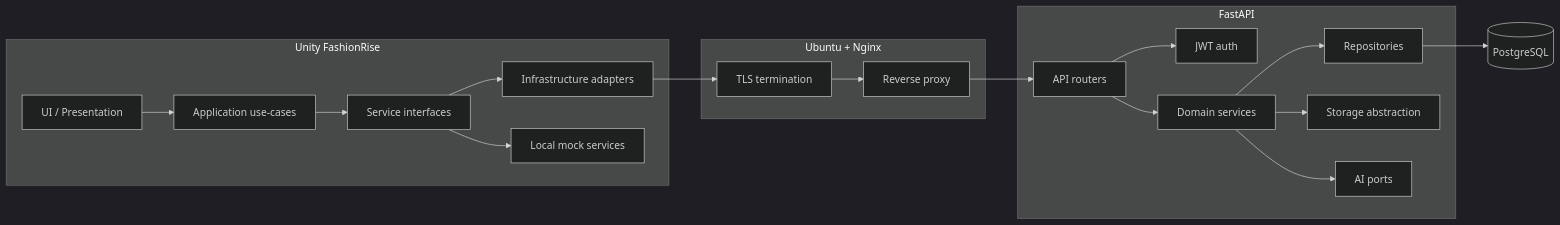
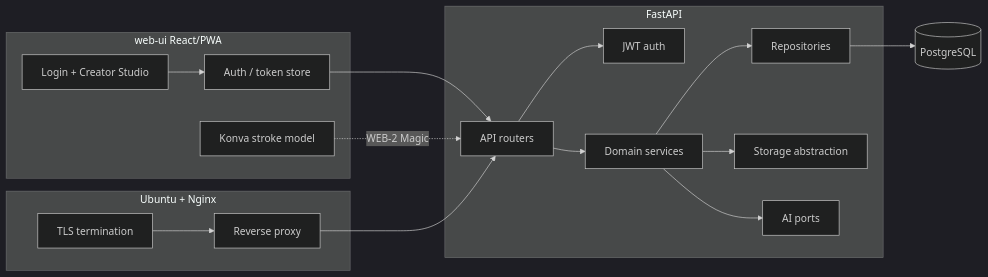
Before and after one commit to perielad2-netizen/FashionRise: the diagram in docs/01-architecture-overview.md, drawn with Mermaid (dark theme). The commit also changed other lines of this file and 66 other files, not shown here.

First line of the commit message:
Add WEB-1 React/PWA Creator Studio and mark Unity legacy.

````diff
--- a/docs/01-architecture-overview.md
+++ b/docs/01-architecture-overview.md
@@ -19,38 +18,34 @@
 ```mermaid
 flowchart LR
-  subgraph unity["Unity FashionRise"]
-    UI[UI / Presentation]
-    App[Application use-cases]
-    Svc[Service interfaces]
-    Infra[Infrastructure adapters]
-    Mock[Local mock services]
+  subgraph web["web-ui React/PWA"]
+    UI[Login + Creator Studio]
+    AuthW[Auth / token store]
+    Draw[Konva stroke model]
   end
 
   subgraph edge["Ubuntu + Nginx"]
     TLS[TLS termination]
     RP[Reverse proxy]
   end
 
   subgraph api["FastAPI"]
     Auth[JWT auth]
     Routers[API routers]
     SvcB[Domain services]
     Repo[Repositories]
     Stor[Storage abstraction]
     AIP[AI ports]
   end
 
   PG[(PostgreSQL)]
 
-  UI --> App --> Svc
-  Svc --> Infra
-  Svc --> Mock
-  Infra --> TLS
-  TLS --> RP --> Routers
+  UI --> AuthW --> Routers
+  Draw -. WEB-2 Magic .-> Routers
   Routers --> Auth
   Routers --> SvcB
   SvcB --> Repo
   SvcB --> Stor
   SvcB --> AIP
   Repo --> PG
+  TLS --> RP --> Routers
 ```
````
